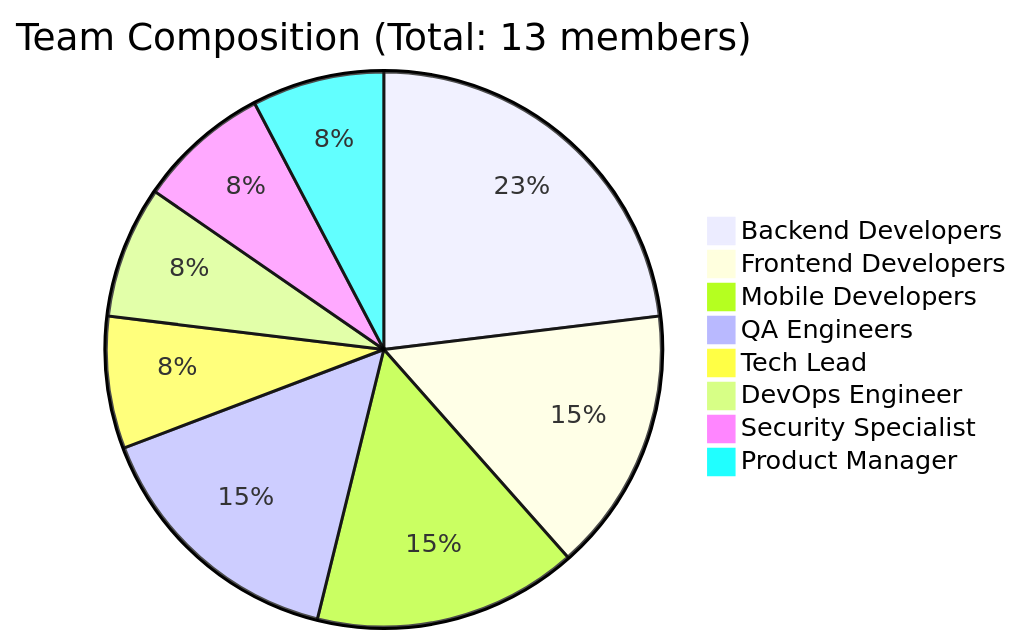
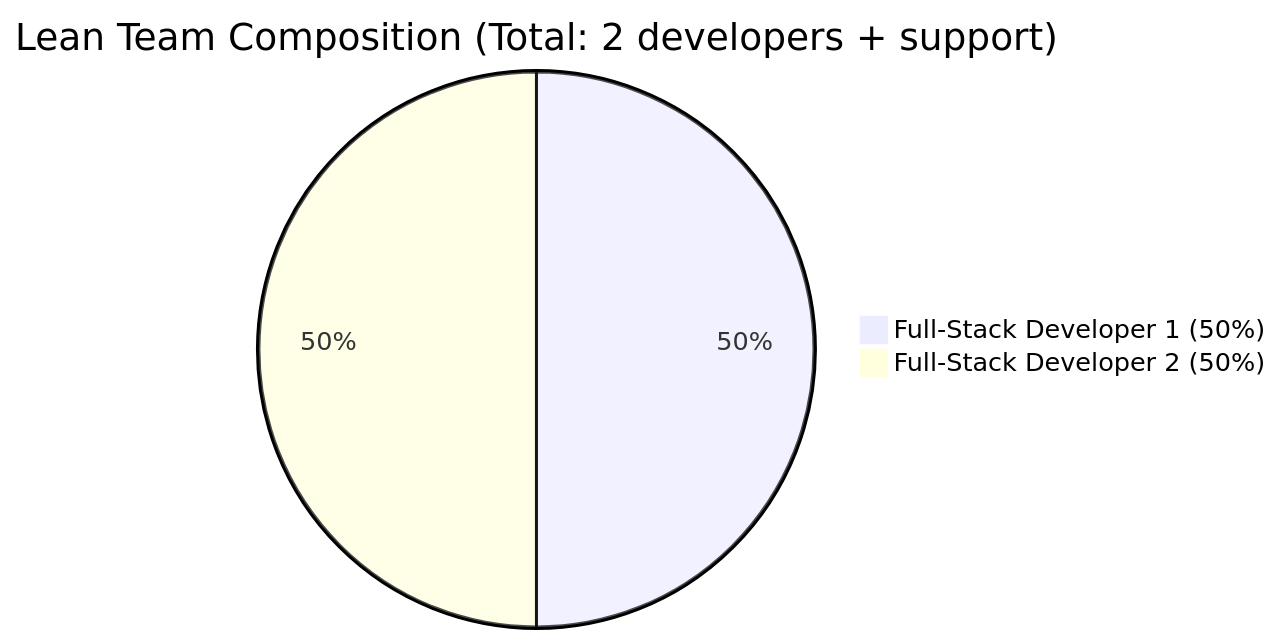
The third of 11 diagrams in 05-implementation-plan.md (health-tech-uhi/blueprint), drawn with Mermaid before and after one commit. The commit also changed other lines of this file and 1 other file, not shown here.

````diff
--- a/05-implementation-plan.md
+++ b/05-implementation-plan.md
@@ -585,11 +426,5 @@
 ```mermaid
-pie title Team Composition (Total: 13 members)
-    "Backend Developers" : 3
-    "Frontend Developers" : 2
-    "Mobile Developers" : 2
-    "QA Engineers" : 2
-    "Tech Lead" : 1
-    "DevOps Engineer" : 1
-    "Security Specialist" : 1
-    "Product Manager" : 1
+pie title Lean Team Composition (Total: 2 developers + support)
+    "Full-Stack Developer 1 (50%)" : 50
+    "Full-Stack Developer 2 (50%)" : 50
 ```
````
